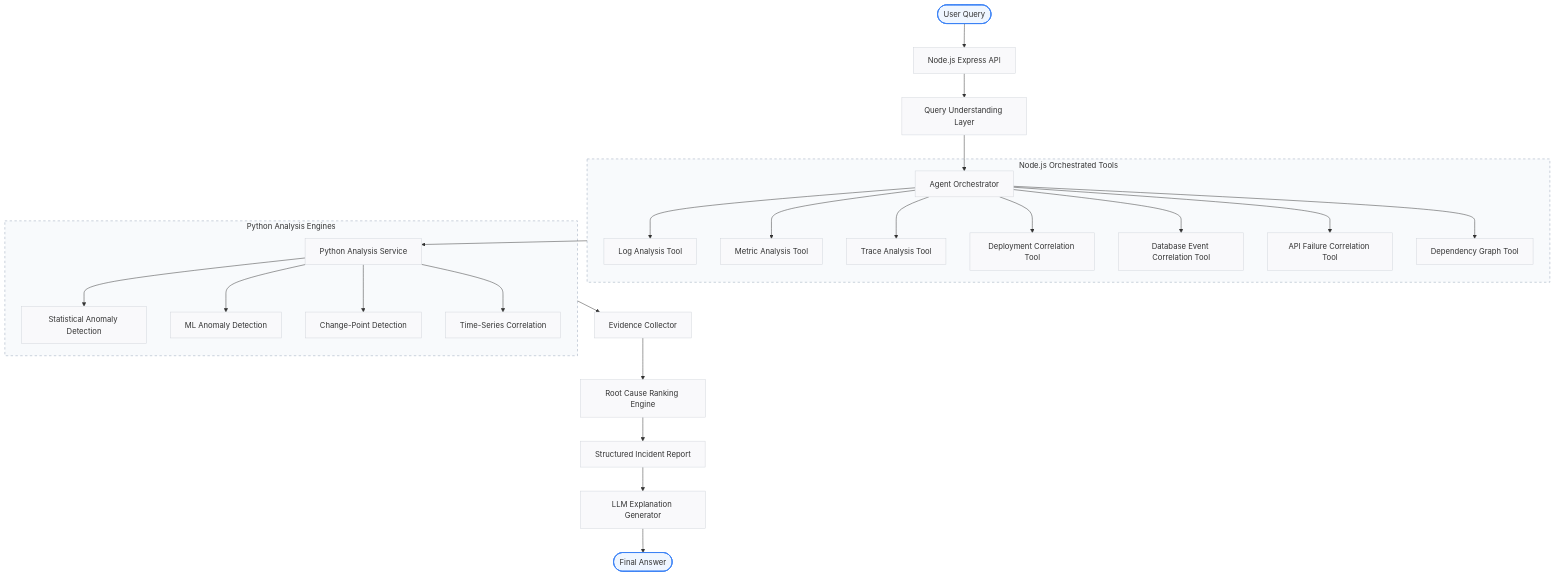
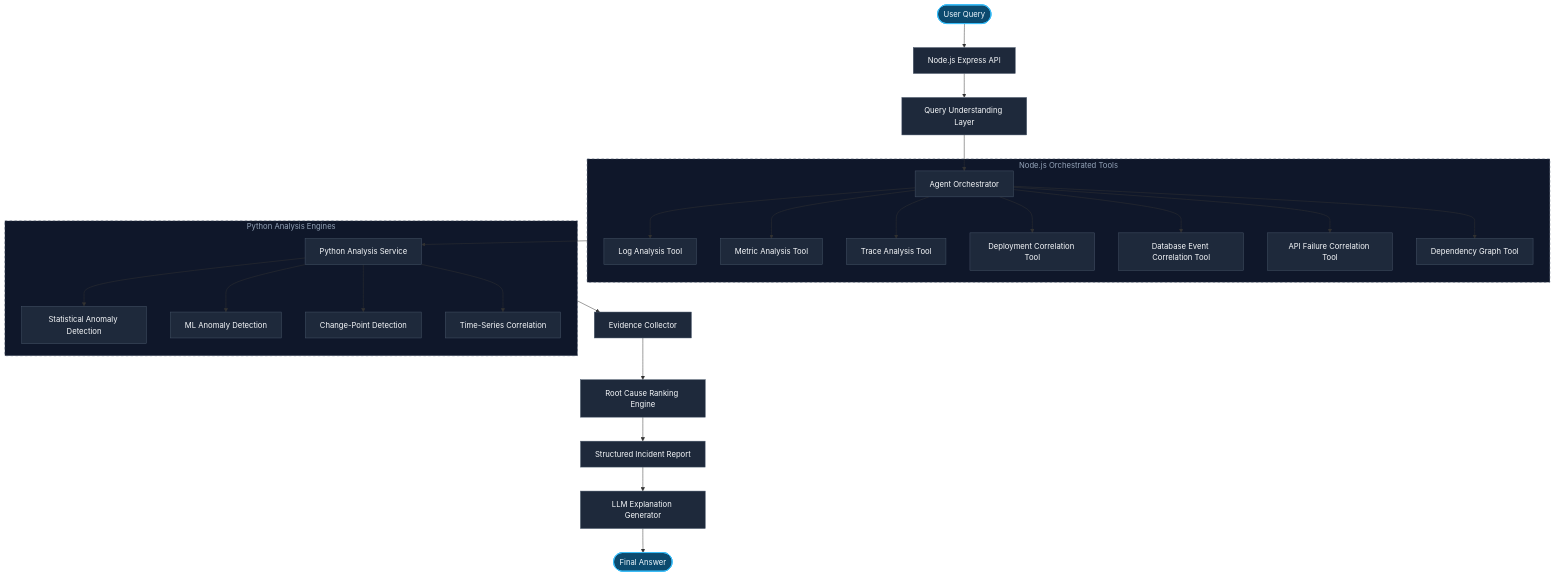
One commit to Jayeshd6/Incident_Rca changed the diagram in Docs/architecture.md. Above: the diagram before and after it, drawn with Mermaid.

Commit message:
changing High-Level Architecture

````diff
--- a/Docs/architecture.md
+++ b/Docs/architecture.md
@@ -11,39 +11,39 @@
 ```mermaid
 flowchart TD
     User([User Query]) --> ExpressAPI[Node.js Express API]
     ExpressAPI --> QueryLayer[Query Understanding Layer]
     QueryLayer --> Orchestrator[Agent Orchestrator]
 
     subgraph NodeTools [Node.js Orchestrated Tools]
         Orchestrator --> LogTool[Log Analysis Tool]
         Orchestrator --> MetricTool[Metric Analysis Tool]
         Orchestrator --> TraceTool[Trace Analysis Tool]
         Orchestrator --> DeployTool[Deployment Correlation Tool]
         Orchestrator --> DBTool[Database Event Correlation Tool]
         Orchestrator --> APITool[API Failure Correlation Tool]
         Orchestrator --> DepTool[Dependency Graph Tool]
     end
 
     NodeTools --> PyService[Python Analysis Service]
 
     subgraph PyMethods [Python Analysis Engines]
         PyService --> StatAnomaly[Statistical Anomaly Detection]
         PyService --> MLAnomaly[ML Anomaly Detection]
         PyService --> CPDetect[Change-Point Detection]
         PyService --> TSCorr[Time-Series Correlation]
     end
 
     PyMethods --> EvidenceCollector[Evidence Collector]
     EvidenceCollector --> RankingEngine[Root Cause Ranking Engine]
     RankingEngine --> IncidentReport[Structured Incident Report]
     IncidentReport --> ExplanationGen[LLM Explanation Generator]
     ExplanationGen --> FinalAnswer([Final Answer])
 
     %% Styling
-    classDef default fill:#f9f9fb,stroke:#d1d5db,stroke-width:1px;
-    classDef entryExit fill:#eff6ff,stroke:#3b82f6,stroke-width:2px;
-    classDef nodeGroup fill:#f8fafc,stroke:#94a3b8,stroke-width:1px,stroke-dasharray: 5 5;
+    classDef default fill:#1e293b,stroke:#475569,stroke-width:1px,color:#f8fafc;
+    classDef entryExit fill:#0c4a6e,stroke:#38bdf8,stroke-width:2px,color:#f0f9ff;
+    classDef nodeGroup fill:#0f172a,stroke:#475569,stroke-width:1px,stroke-dasharray: 5 5,color:#94a3b8;
     
     class User,FinalAnswer entryExit;
     class NodeTools,PyMethods nodeGroup;
 ```
````
